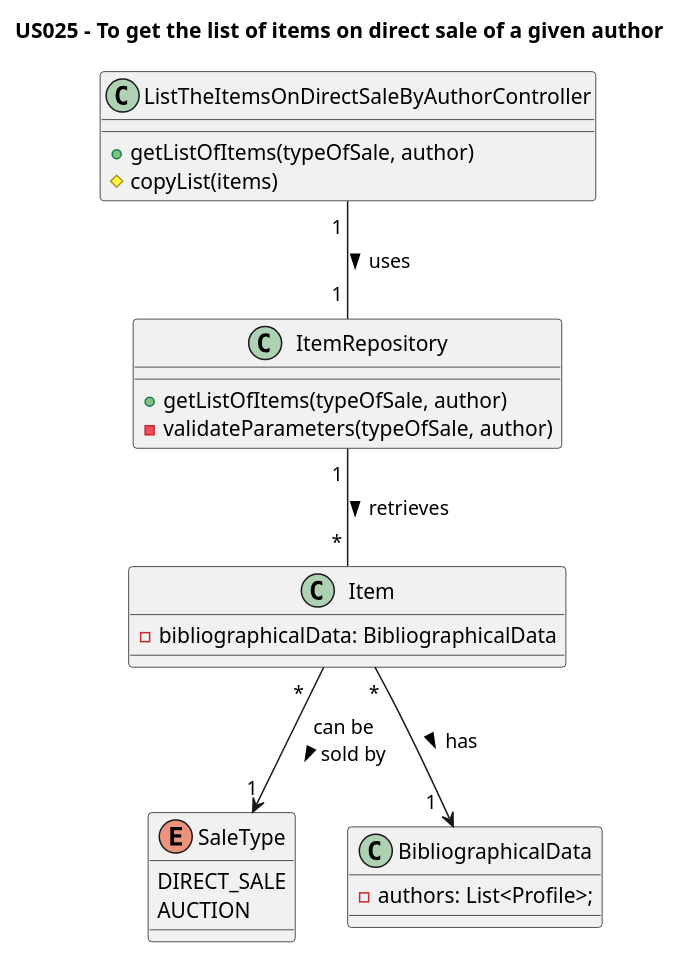
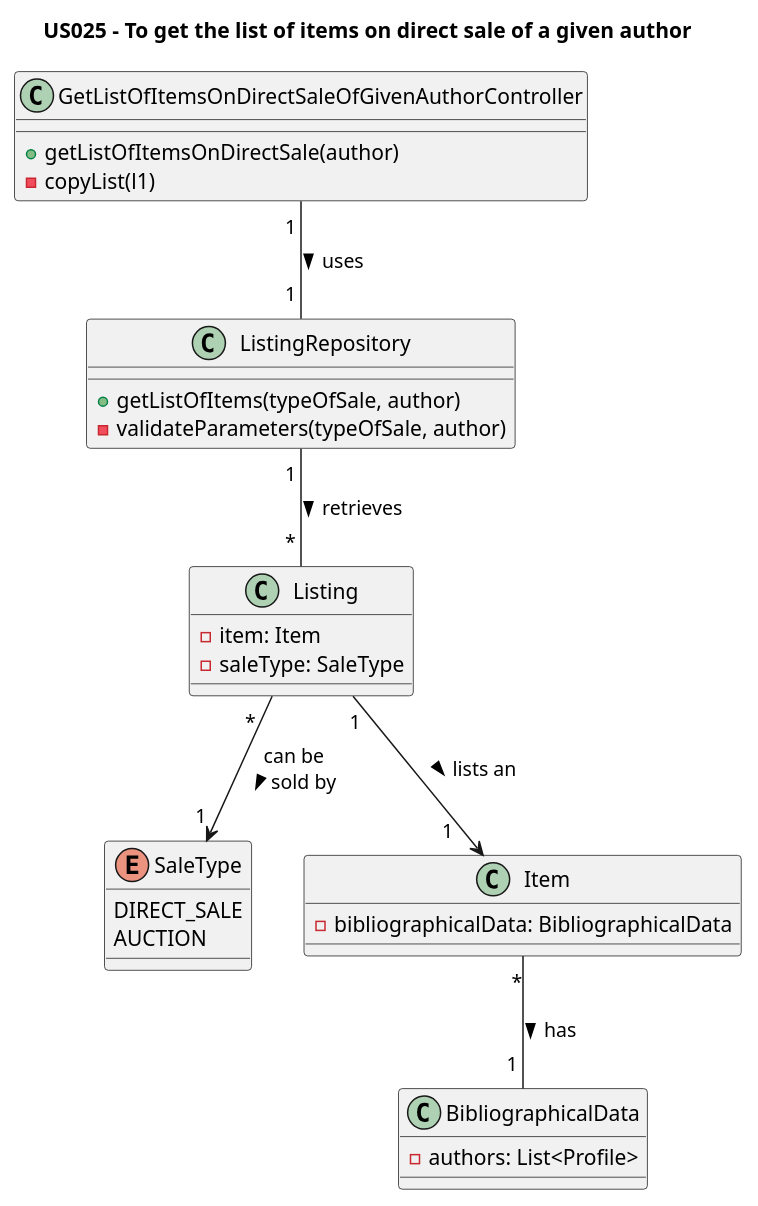
The diagram in Diagrams/ClassDiagrams/US025-to-get-the-list-of-items-on-direct-sale-of-a-given-author.puml (AndrePereiraGitH/SWitCH-Project-Team_A), drawn with PlantUML before and after one commit. The commit also changed 5 other files, not shown here.

```diff
--- a/Diagrams/ClassDiagrams/US025-to-get-the-list-of-items-on-direct-sale-of-a-given-author.puml
+++ b/Diagrams/ClassDiagrams/US025-to-get-the-list-of-items-on-direct-sale-of-a-given-author.puml
@@ -1,35 +1,40 @@
 @startuml
 title US025 - To get the list of items on direct sale of a given author
 
-class ListTheItemsOnDirectSaleByAuthorController {
-  +getListOfItems(typeOfSale, author)
-  #copyList(items)
+class GetListOfItemsOnDirectSaleOfGivenAuthorController {
+  +getListOfItemsOnDirectSale(author)
+  -copyList(l1)
 }
 
-class ItemRepository {
+class ListingRepository {
   +getListOfItems(typeOfSale, author)
-  ' -convertStringToEnum(typeOfSale, author)
   -validateParameters(typeOfSale, author)
 }
 
-class Item {
-  - bibliographicalData: BibliographicalData
+class Listing {
+  - item: Item
+  - saleType: SaleType
 }
 
 enum SaleType {
     DIRECT_SALE
     AUCTION
 }
 
+class Item {
+    - bibliographicalData: BibliographicalData
+}
+
 class BibliographicalData {
-    - authors: List<Profile>;
-}
+    - authors: List<Profile>
+    }
 
 ' Interactions
 
-ListTheItemsOnDirectSaleByAuthorController  "1 " -- "1 " ItemRepository : uses >
-ItemRepository "1 " -- " * " Item : retrieves >
-Item "                                *" --> "1" SaleType : can be\nsold by >
-Item "*"--> "1  " BibliographicalData : has >
+GetListOfItemsOnDirectSaleOfGivenAuthorController  "1 " -- "1 " ListingRepository : uses >
+ListingRepository "1 " -- " * " Listing : retrieves >
+Listing "                                *" --> "1 " SaleType : can be\nsold by >
+Listing "1"--> "1    " Item : lists an >
+Item "*" -- "1 " BibliographicalData: has >
 
 @enduml
```
